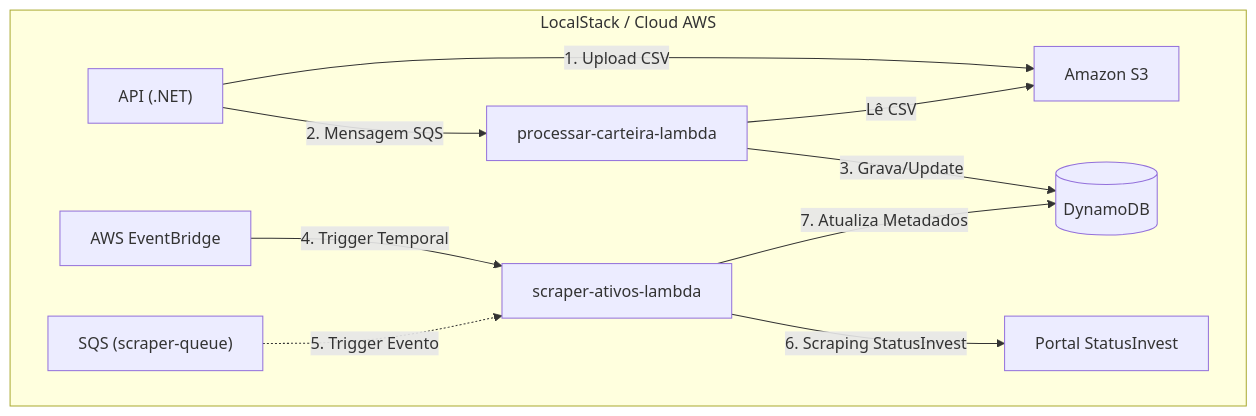
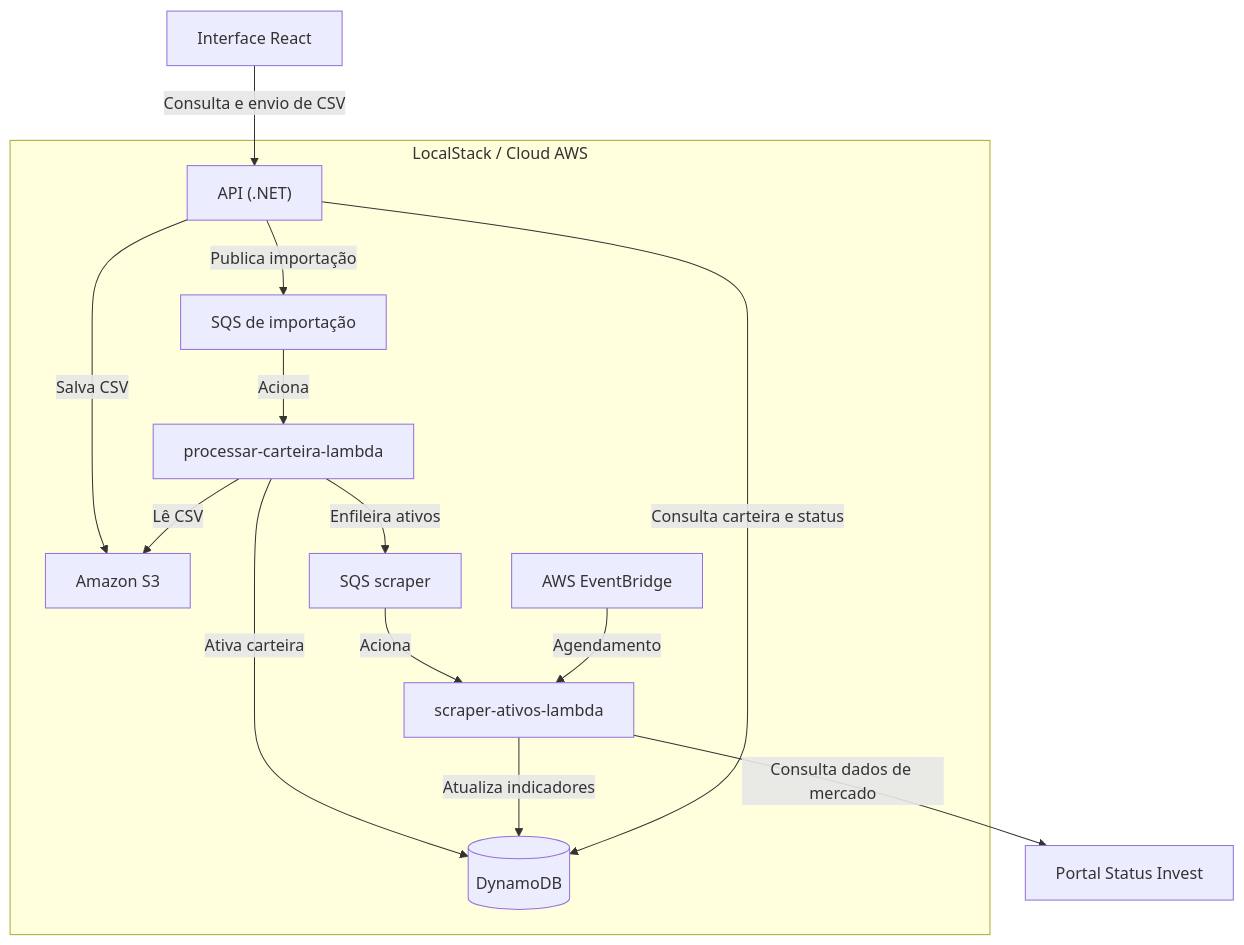
The diagram in README.md (JTBCode86/fii-analytics-engine), drawn with Mermaid before and after one commit. The commit also changed other lines of this file and 2 other files, not shown here.

Commit message:
Atualiza imagens e arquitetura no README

````diff
--- a/README.md
+++ b/README.md
@@ -22,14 +29,17 @@
 ```mermaid
 graph TD
+    U["Interface React"] -->|"Consulta e envio de CSV"| A
     subgraph LocalStack ["LocalStack / Cloud AWS"]
-        A["API (.NET)"] -->|"1. Upload CSV"| B["Amazon S3"]
-        A -->|"2. Mensagem SQS"| C["processar-carteira-lambda"]
+        A["API (.NET)"] -->|"Salva CSV"| B["Amazon S3"]
+        A -->|"Publica importação"| I["SQS de importação"]
+        I -->|"Aciona"| C["processar-carteira-lambda"]
         C -->|"Lê CSV"| B
-        C -->|"3. Grava/Update"| D[("DynamoDB")]
-        
-        E["AWS EventBridge"] -->|"4. Trigger Temporal"| F["scraper-ativos-lambda"]
-        G["SQS (scraper-queue)"] -.->|"5. Trigger Evento"| F
-        F -->|"6. Scraping StatusInvest"| H["Portal StatusInvest"]
-        F -->|"7. Atualiza Metadados"| D
+        C -->|"Ativa carteira"| D[("DynamoDB")]
+        C -->|"Enfileira ativos"| G["SQS scraper"]
+        G -->|"Aciona"| F["scraper-ativos-lambda"]
+        E["AWS EventBridge"] -->|"Agendamento"| F
+        F -->|"Atualiza indicadores"| D
+        A -->|"Consulta carteira e status"| D
     end
+    F -->|"Consulta dados de mercado"| H["Portal Status Invest"]
 ```
````
